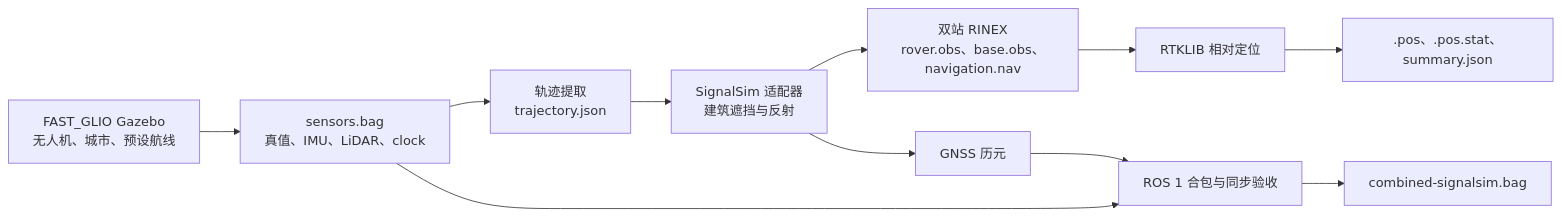
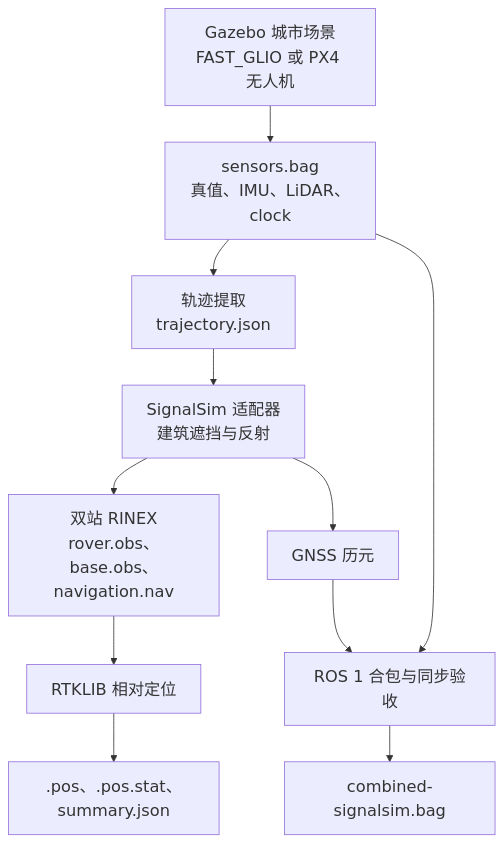
One commit to wangzika/msim changed the diagram in README.md. Above: the diagram before and after it, drawn with Mermaid. The commit also changed other lines of this file and 125 other files, not shown here.

````diff
--- a/README.md
+++ b/README.md
@@ -7,13 +29,14 @@
 ```mermaid
-flowchart LR
-    A[FAST_GLIO Gazebo<br/>无人机、城市、预设航线] --> B[sensors.bag<br/>真值、IMU、LiDAR、clock]
+%%{init: {"themeVariables": {"fontSize": "20px"}, "flowchart": {"nodeSpacing": 35, "rankSpacing": 45}}}%%
+flowchart TB
+    A[Gazebo 城市场景<br/>FAST_GLIO 或 PX4 无人机] --> B[sensors.bag<br/>真值、IMU、LiDAR、clock]
     B --> C[轨迹提取<br/>trajectory.json]
     C --> D[SignalSim 适配器<br/>建筑遮挡与反射]
     D --> E[双站 RINEX<br/>rover.obs、base.obs、navigation.nav]
     D --> F[GNSS 历元]
     B --> G[ROS 1 合包与同步验收]
     F --> G
     G --> H[combined-signalsim.bag]
     E --> I[RTKLIB 相对定位]
     I --> J[.pos、.pos.stat、summary.json]
 ```
````
